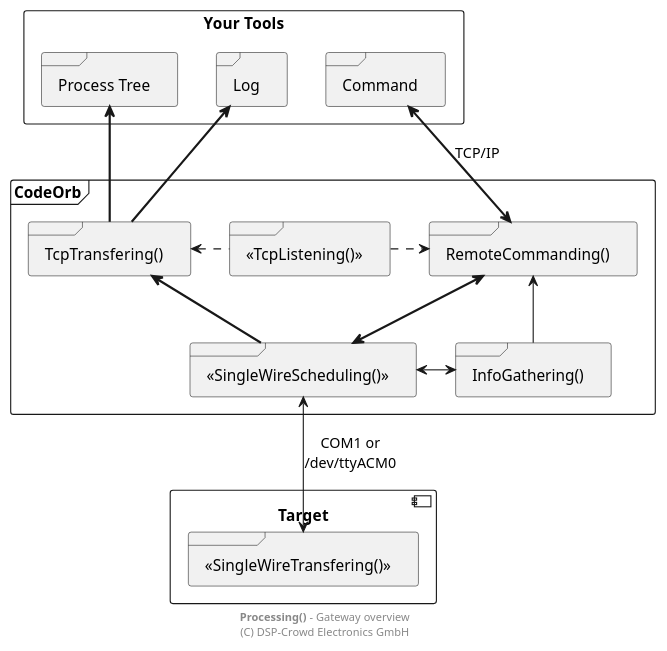
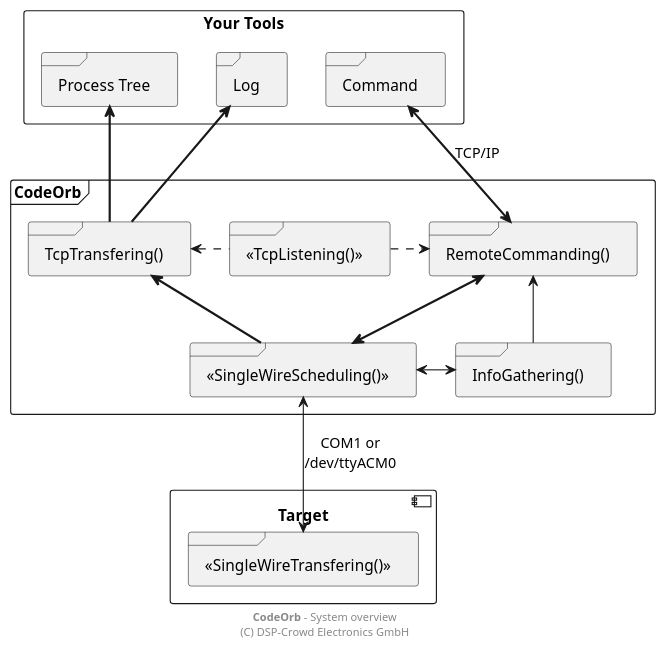
The diagram in doc/system/overview-gw.pu (NoOrientationProgramming/code-orb), drawn with PlantUML before and after one commit. The commit also changed 3 other files, not shown here.

```diff
--- a/doc/system/overview-gw.pu
+++ b/doc/system/overview-gw.pu
@@ -2,43 +2,43 @@
 @startuml
 
 ' skinparam linetype ortho
 
 rectangle "Your Tools" as gTools {
 
 	frame "Process Tree" as pTree
 	frame "Log" as pLog
 	frame "Command" as pCmd
 }
 
 frame "CodeOrb" as pGw {
 
 	frame "<<SingleWireScheduling()>>" as pSwc
 	frame "<<TcpListening()>>" as pList
 	frame "TcpTransfering()" as pTrans
 	frame "RemoteCommanding()" as pCmdRemote
 	frame "InfoGathering()" as pGather
 }
 
 component "Target" as pTarget {
 
 	frame "<<SingleWireTransfering()>>" as pSwt
 }
 
 pTree <-[thickness=2]- pTrans
 pLog <-[thickness=2]- pTrans
 pCmd <-[thickness=2]-> pCmdRemote : "TCP/IP"
 
 pList .l.> pTrans
 pList .r.> pCmdRemote
 
 pTrans <-[thickness=2]- pSwc
 pCmdRemote <-[thickness=2]-> pSwc
 
 pCmdRemote <-- pGather
 
 pSwc <--> pSwt : "COM1 or\n/dev/ttyACM0"
 pSwc <-> pGather
 
-footer **Processing()** - Gateway overview\n(C) DSP-Crowd Electronics GmbH
+footer **CodeOrb** - System overview\n(C) DSP-Crowd Electronics GmbH
 
 @enduml
```
